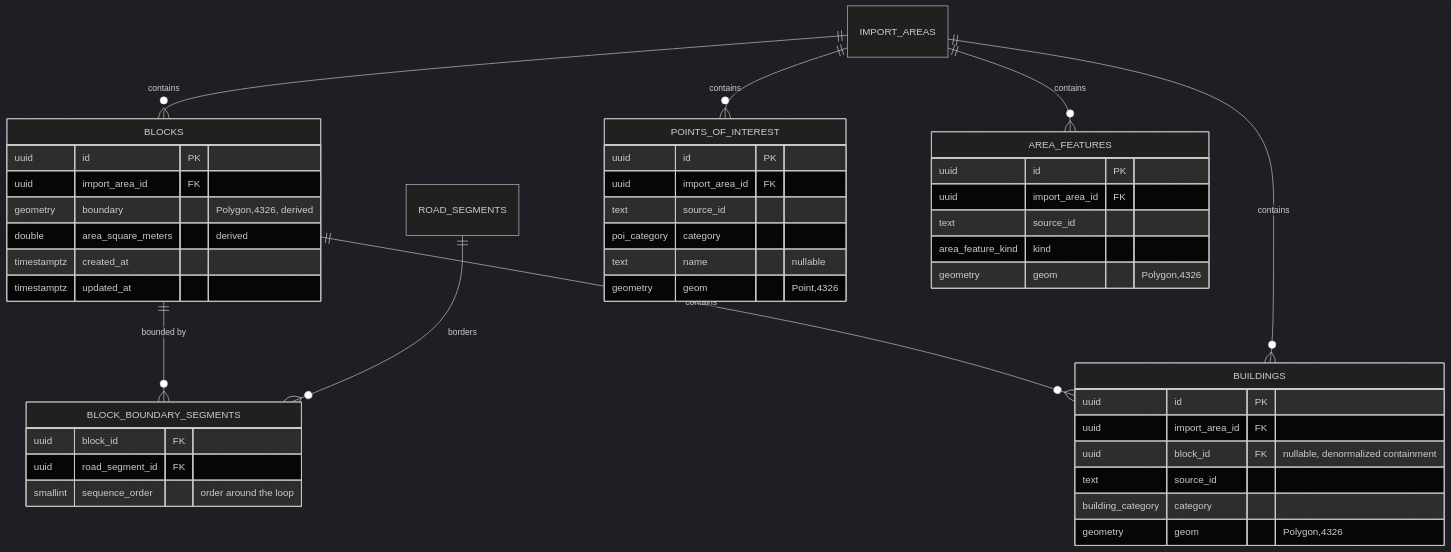
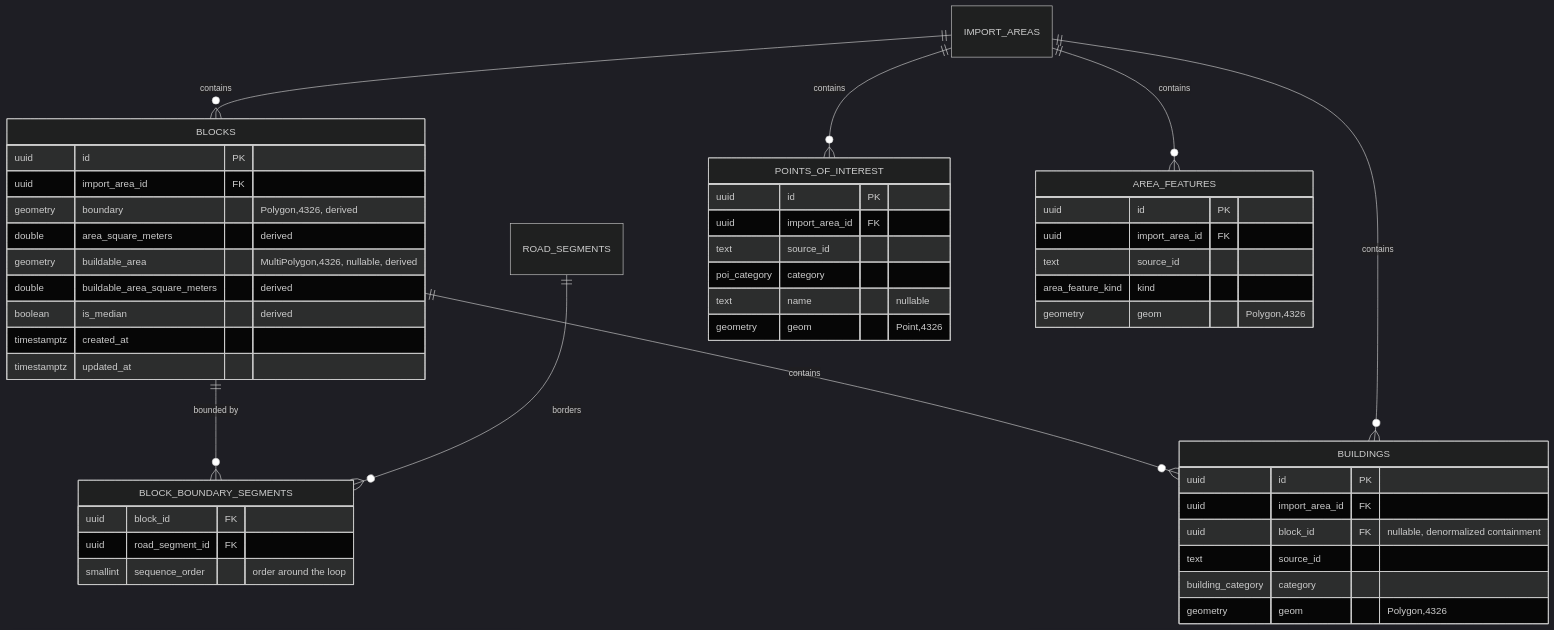
One commit to josuecm13/geospatial-reconstruction-engine changed the third of 3 diagrams in docs/schema.md. Above: the diagram before and after it, drawn with Mermaid (dark theme). The commit also changed other lines of this file and 14 other files, not shown here.

First line of the commit message:
feat: give each block a buildable area and flag medians (#39)

````diff
--- a/docs/schema.md
+++ b/docs/schema.md
@@ -133,47 +133,50 @@
 ```mermaid
 erDiagram
     IMPORT_AREAS ||--o{ BLOCKS : contains
     BLOCKS ||--o{ BLOCK_BOUNDARY_SEGMENTS : "bounded by"
     ROAD_SEGMENTS ||--o{ BLOCK_BOUNDARY_SEGMENTS : borders
     BLOCKS ||--o{ BUILDINGS : contains
     IMPORT_AREAS ||--o{ BUILDINGS : contains
     IMPORT_AREAS ||--o{ POINTS_OF_INTEREST : contains
     IMPORT_AREAS ||--o{ AREA_FEATURES : contains
 
     BLOCKS {
         uuid id PK
         uuid import_area_id FK
         geometry boundary "Polygon,4326, derived"
         double area_square_meters "derived"
+        geometry buildable_area "MultiPolygon,4326, nullable, derived"
+        double buildable_area_square_meters "derived"
+        boolean is_median "derived"
         timestamptz created_at
         timestamptz updated_at
     }
     BLOCK_BOUNDARY_SEGMENTS {
         uuid block_id FK
         uuid road_segment_id FK
         smallint sequence_order "order around the loop"
     }
     BUILDINGS {
         uuid id PK
         uuid import_area_id FK
         uuid block_id FK "nullable, denormalized containment"
         text source_id
         building_category category
         geometry geom "Polygon,4326"
     }
     POINTS_OF_INTEREST {
         uuid id PK
         uuid import_area_id FK
         text source_id
         poi_category category
         text name "nullable"
         geometry geom "Point,4326"
     }
     AREA_FEATURES {
         uuid id PK
         uuid import_area_id FK
         text source_id
         area_feature_kind kind
         geometry geom "Polygon,4326"
     }
 ```
````
